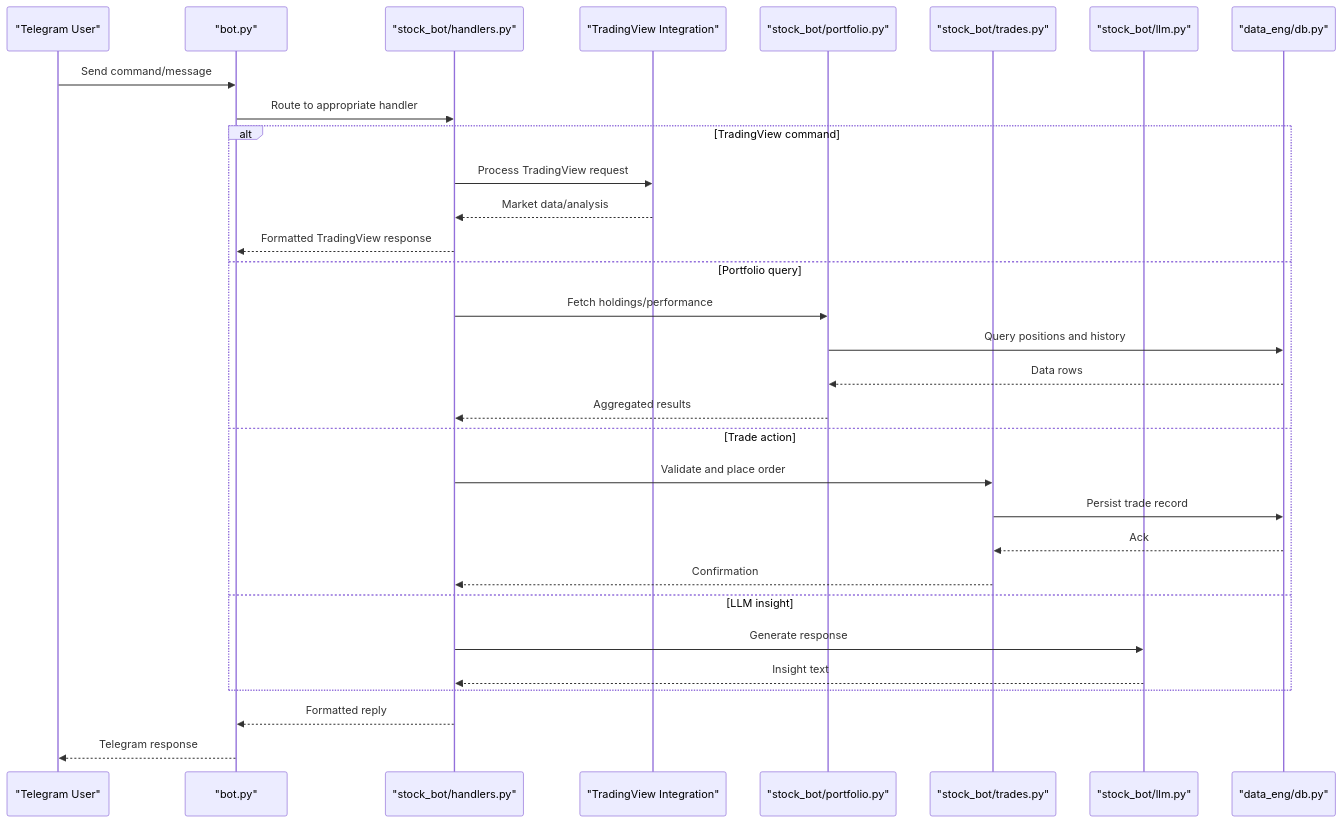
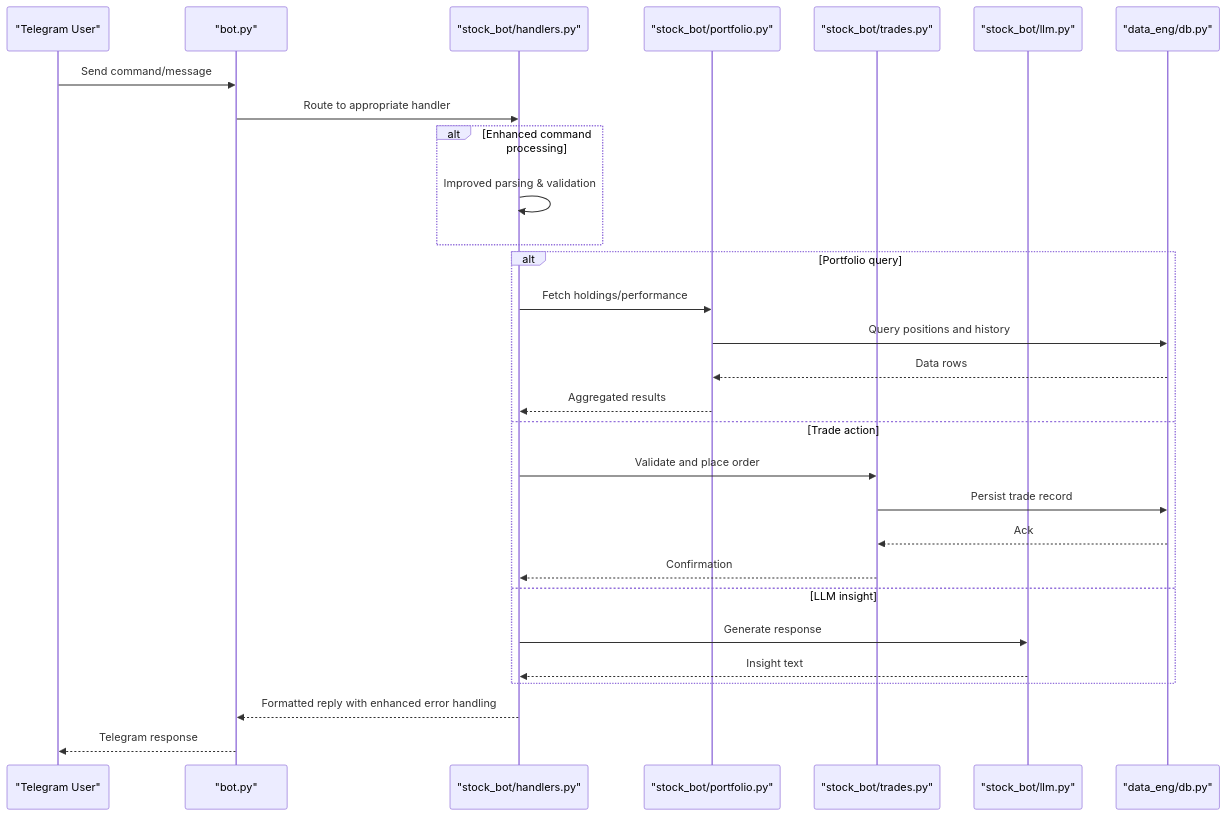
The second of 5 diagrams in .qoder/repowiki/en/content/Core Components/Stock Trading Bot.md (ZengSeng/telegram-bot), drawn with Mermaid before and after one commit. The commit also changed other lines of this file and 9 other files, not shown here.

````diff
--- a/.qoder/repowiki/en/content/Core Components/Stock Trading Bot.md
+++ b/.qoder/repowiki/en/content/Core Components/Stock Trading Bot.md
@@ -155,33 +159,31 @@
 ```mermaid
 sequenceDiagram
 participant User as "Telegram User"
 participant Bot as "bot.py"
 participant Handlers as "stock_bot/handlers.py"
-participant TradingView as "TradingView Integration"
 participant Portfolio as "stock_bot/portfolio.py"
 participant Trades as "stock_bot/trades.py"
 participant LLM as "stock_bot/llm.py"
 participant DB as "data_eng/db.py"
 User->>Bot : Send command/message
 Bot->>Handlers : Route to appropriate handler
-alt TradingView command
-Handlers->>TradingView : Process TradingView request
-TradingView-->>Handlers : Market data/analysis
-Handlers-->>Bot : Formatted TradingView response
-else Portfolio query
+alt Enhanced command processing
+Handlers->>Handlers : Improved parsing & validation
+end
+alt Portfolio query
 Handlers->>Portfolio : Fetch holdings/performance
 Portfolio->>DB : Query positions and history
 DB-->>Portfolio : Data rows
 Portfolio-->>Handlers : Aggregated results
 else Trade action
 Handlers->>Trades : Validate and place order
 Trades->>DB : Persist trade record
 DB-->>Trades : Ack
 Trades-->>Handlers : Confirmation
 else LLM insight
 Handlers->>LLM : Generate response
 LLM-->>Handlers : Insight text
 end
-Handlers-->>Bot : Formatted reply
+Handlers-->>Bot : Formatted reply with enhanced error handling
 Bot-->>User : Telegram response
 ```
````
